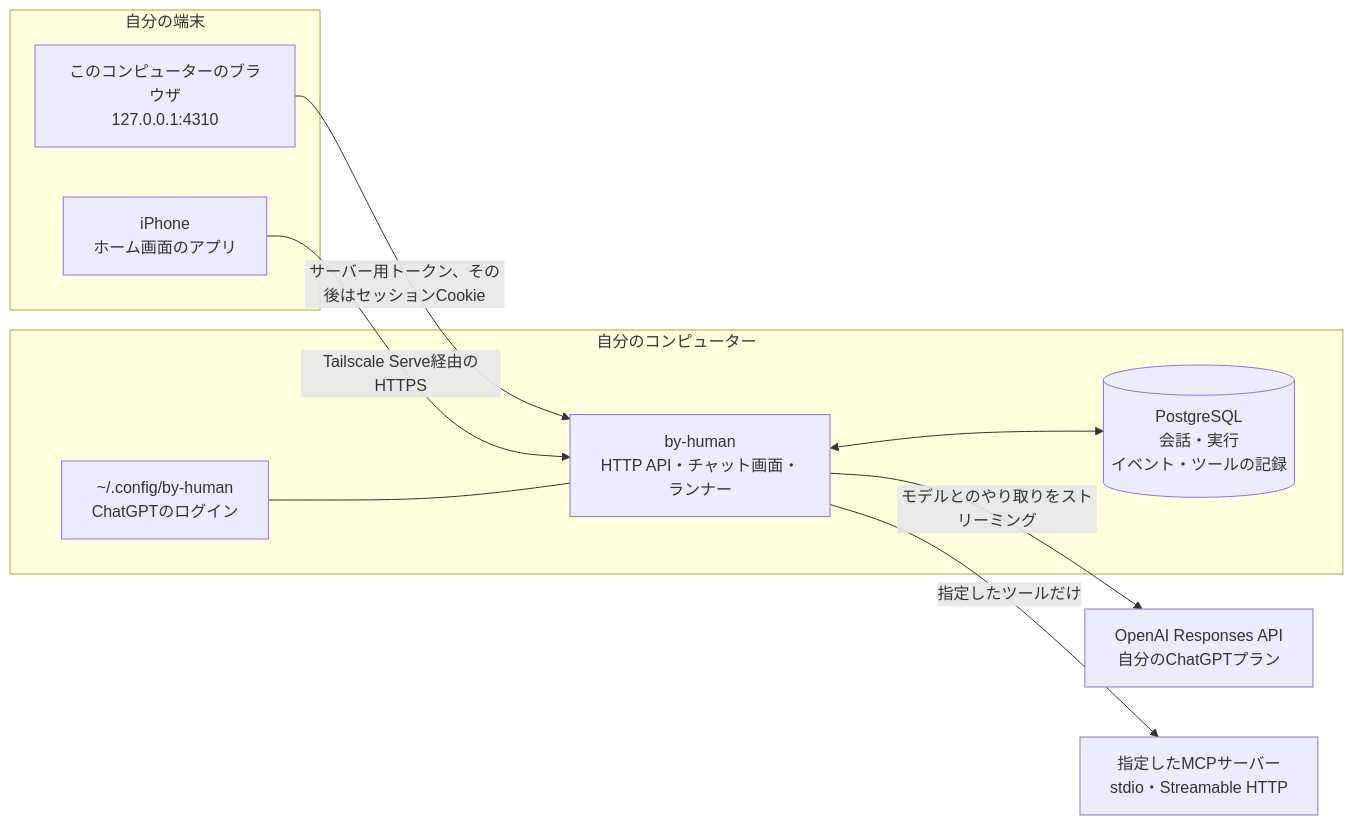
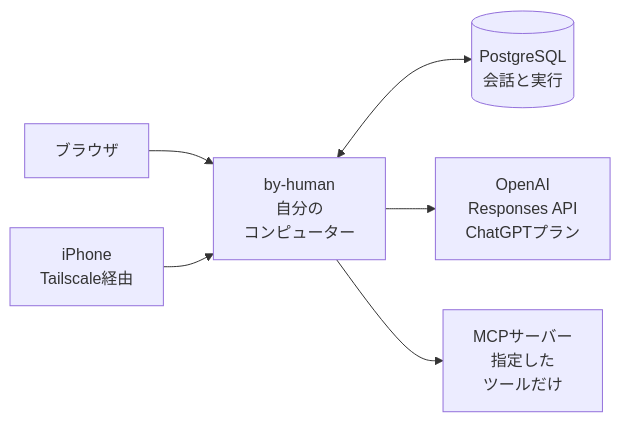
Before and after one commit to kandotrun/by-human: the diagram in README.ja.md, drawn with Mermaid. The commit also changed 1 other file, not shown here.

Commit message:
docs: draw the README diagram as a compact left-to-right flow
GitHub draws Mermaid at full size and wraps node text at about 15
characters. The earlier diagram either shrank under GitHub's diagram
controls or grew to 1100px tall. Three short columns (devices, by-human,
what it uses) stay readable, and the text below explains the details.

````diff
--- a/README.ja.md
+++ b/README.ja.md
@@ -184,21 +184,8 @@
 ```mermaid
 flowchart LR
-    subgraph devices["自分の端末"]
-        browser["このコンピューターのブラウザ<br>127.0.0.1:4310"]
-        phone["iPhone<br>ホーム画面のアプリ"]
-    end
-    subgraph computer["自分のコンピューター"]
-        server["by-human<br>HTTP API・チャット画面・ランナー"]
-        db[("PostgreSQL<br>会話・実行<br>イベント・ツールの記録")]
-        login["~/.config/by-human<br>ChatGPTのログイン"]
-    end
-    openai["OpenAI Responses API<br>自分のChatGPTプラン"]
-    tools["指定したMCPサーバー<br>stdio・Streamable HTTP"]
-
-    browser -->|"サーバー用トークン、その後はセッションCookie"| server
-    phone -->|"Tailscale Serve経由のHTTPS"| server
-    server <--> db
-    login --- server
-    server -->|"モデルとのやり取りをストリーミング"| openai
-    server -->|"指定したツールだけ"| tools
+    browser["ブラウザ"] --> server
+    phone["iPhone<br>Tailscale経由"] --> server
+    server["by-human<br>自分の<br>コンピューター"] <--> db[("PostgreSQL<br>会話と実行")]
+    server --> openai["OpenAI<br>Responses API<br>ChatGPTプラン"]
+    server --> tools["MCPサーバー<br>指定した<br>ツールだけ"]
 ```
````
